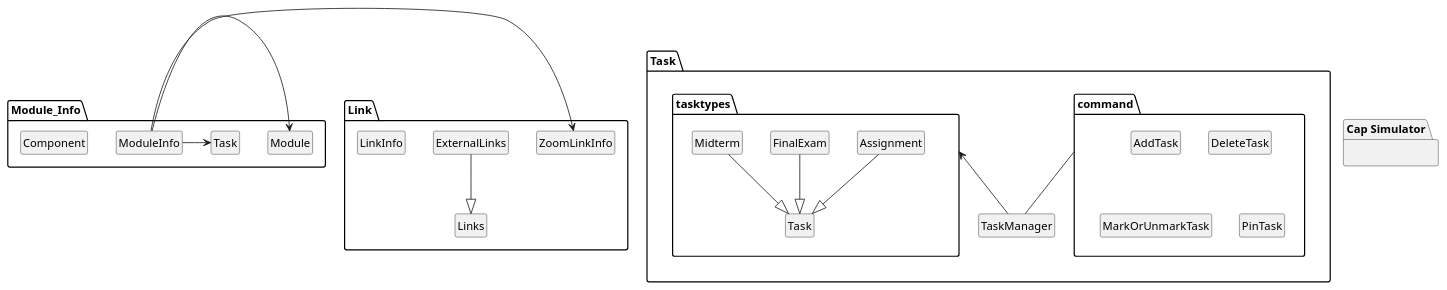
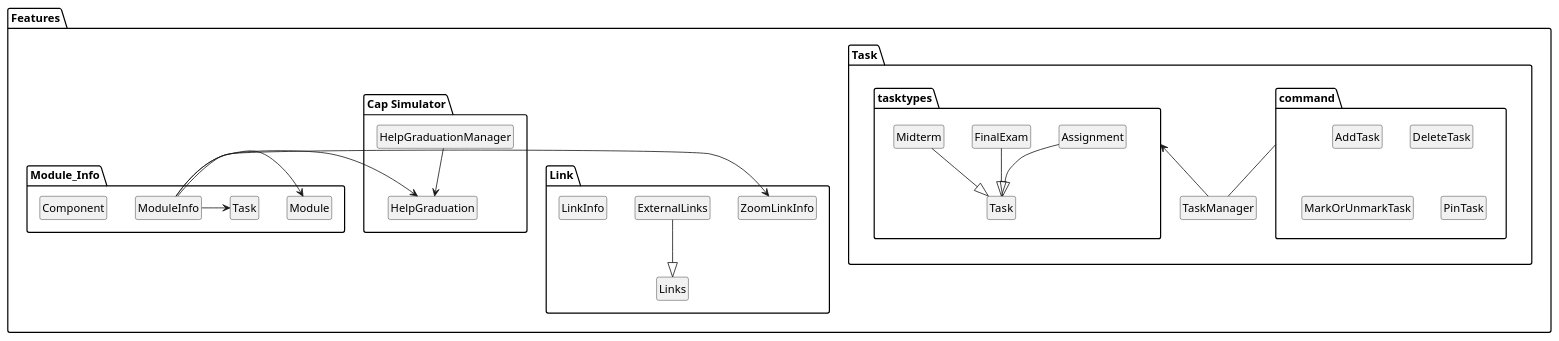
One commit to nus-cs2113-AY2021S2/tp changed the diagram in docs/diagrams/featuresArchitecture.puml. Above: the diagram before and after it, drawn with PlantUML.

Commit message:
uml diagram for features.

```diff
--- a/docs/diagrams/featuresArchitecture.puml
+++ b/docs/diagrams/featuresArchitecture.puml
@@ -1,51 +1,56 @@
 @startuml
 hide members
 hide circle
-
-package "Cap Simulator" {
-
-}
+package Features {
 
 package Task {
     package command {
         Class AddTask
         Class DeleteTask
         Class MarkOrUnmarkTask
         Class PinTask
     }
     Class TaskManager
     command -- TaskManager
     tasktypes <-- TaskManager
     package tasktypes {
             Class Assignment
             Class FinalExam
             Class Midterm
             Class Task
 
             Assignment --|> Task
             Midterm --|> Task
             FinalExam --|> Task
         }
 }
 
 package Link {
   Class ExternalLinks
   Class LinkInfo
   Class Links
   Class ZoomLinkInfo
 
 ExternalLinks --|> Links
 }
 
+package "Cap Simulator" {
+  Class HelpGraduation
+  Class HelpGraduationManager
+
+HelpGraduationManager --> HelpGraduation
+}
+
 package Module_Info {
     Class ModuleInfo
     Class Module
     Class Component
 
     ModuleInfo -> Module
     ModuleInfo -> Task
     ModuleInfo -> ZoomLinkInfo
+    ModuleInfo -> HelpGraduation
 }
 
-
+}
 @enduml
```
